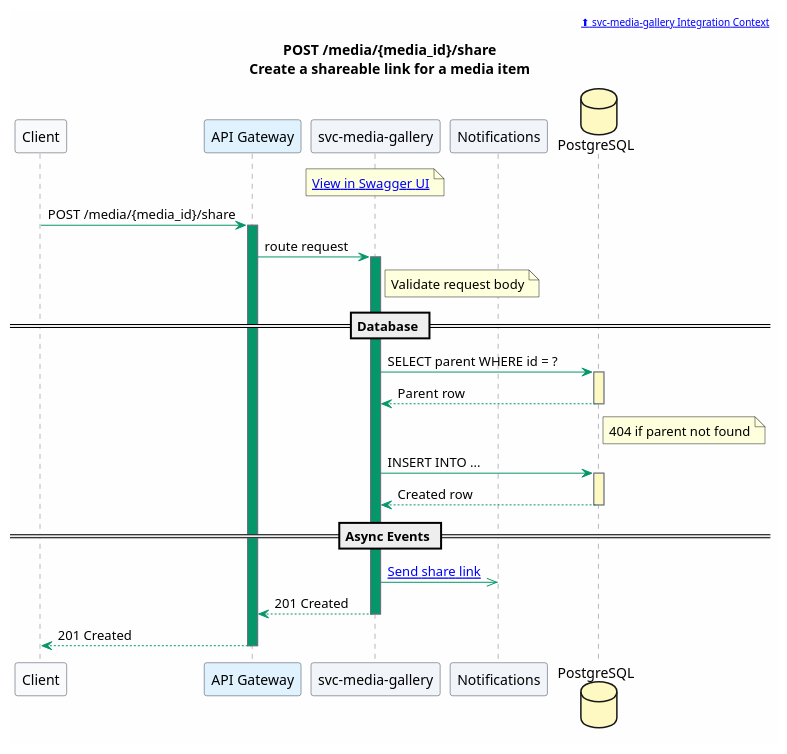
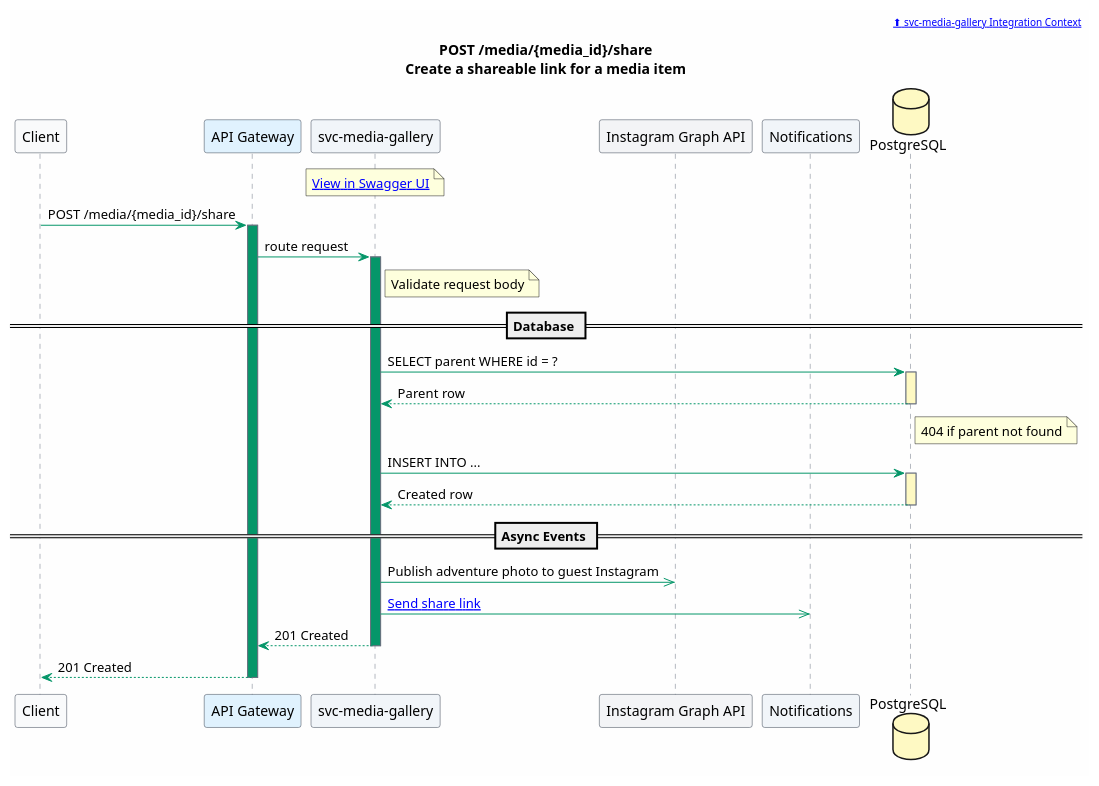
The diagram in portal/docs/microservices/puml/svc-media-gallery--post-media-media_id-share.puml (christopherblaisdell/continuous-architecture-platform-poc), drawn with PlantUML before and after one commit. The commit also changed 31 other files, not shown here.

```diff
--- a/portal/docs/microservices/puml/svc-media-gallery--post-media-media_id-share.puml
+++ b/portal/docs/microservices/puml/svc-media-gallery--post-media-media_id-share.puml
@@ -1,60 +1,62 @@
 @startuml svc-media-gallery--post-media-media_id-share
 
 skinparam backgroundColor #FEFEFE
 skinparam shadowing false
 skinparam defaultFontName "Segoe UI"
 skinparam sequence {
     ArrowColor #059669
     ParticipantBorderColor #374151
     ParticipantBackgroundColor #F9FAFB
     LifeLineBorderColor #6B7280
     BoxBorderColor #94A3B8
     BoxBackgroundColor #F8FAFC
     NoteBorderColor #64748B
     NoteBackgroundColor #F8FAFC
 }
 
 header [[/microservices/svc-media-gallery/#integration-context ⬆ svc-media-gallery Integration Context]]
 
 title POST /media/{media_id}/share\nCreate a shareable link for a media item
 
 participant "Client" as Client [[/applications/]]
 participant "API Gateway" as GW [[/actors/#api-gateway]] #E0F2FE
 participant "svc-media-gallery" as Svc [[/microservices/svc-media-gallery/]] #F1F5F9
+participant "Instagram Graph API" as IG [[/actors/#instagram-graph-api]] #F3F4F6
 participant "Notifications" as Ntfy [[/microservices/svc-notifications/]] #F1F5F9
 database "PostgreSQL" as DB [[/microservices/svc-media-gallery/#data-store]] #FEF9C3
 
 note over Svc
   [[/services/api/svc-media-gallery.html#/Sharing/createShareLink View in Swagger UI]]
 end note
 
 Client -> GW : POST /media/{media_id}/share
 activate GW #059669
 GW -> Svc : route request
 activate Svc #059669
 
 note right of Svc : Validate request body
 
 == Database ==
 
 Svc -> DB : SELECT parent WHERE id = ?
 activate DB #FEF9C3
 DB --> Svc : Parent row
 deactivate DB
 note right of DB : 404 if parent not found
 
 Svc -> DB : INSERT INTO ...
 activate DB #FEF9C3
 DB --> Svc : Created row
 deactivate DB
 
 == Async Events ==
 
+Svc ->> IG : Publish adventure photo to guest Instagram
 Svc ->> Ntfy : [[/microservices/svc-notifications/#post-notifications-send-a-notification Send share link]]
 
 Svc --> GW : 201 Created
 deactivate Svc
 GW --> Client : 201 Created
 deactivate GW
 
 @enduml
```
